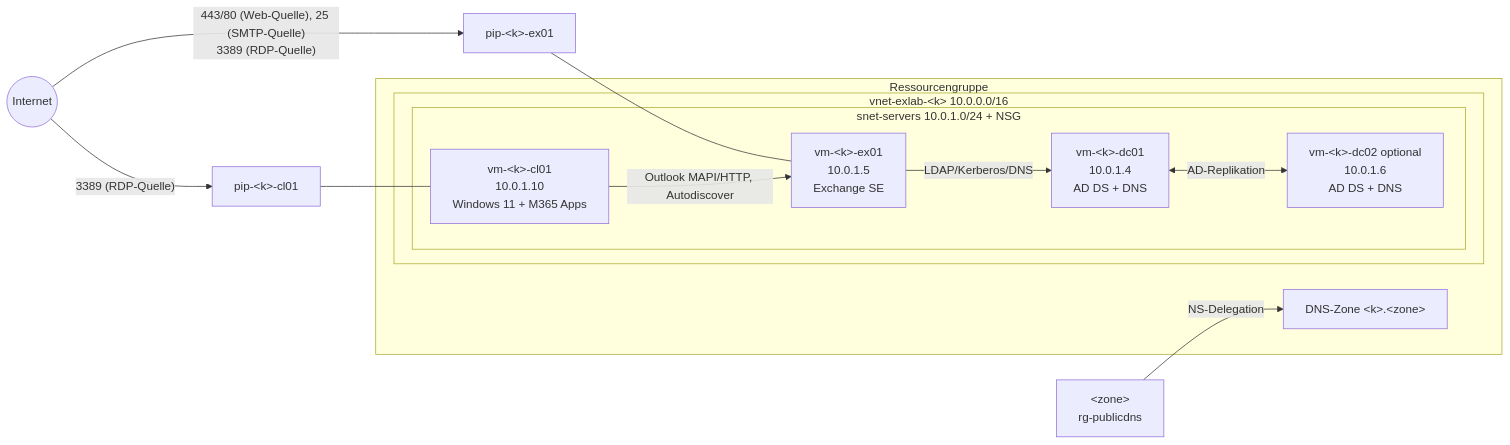
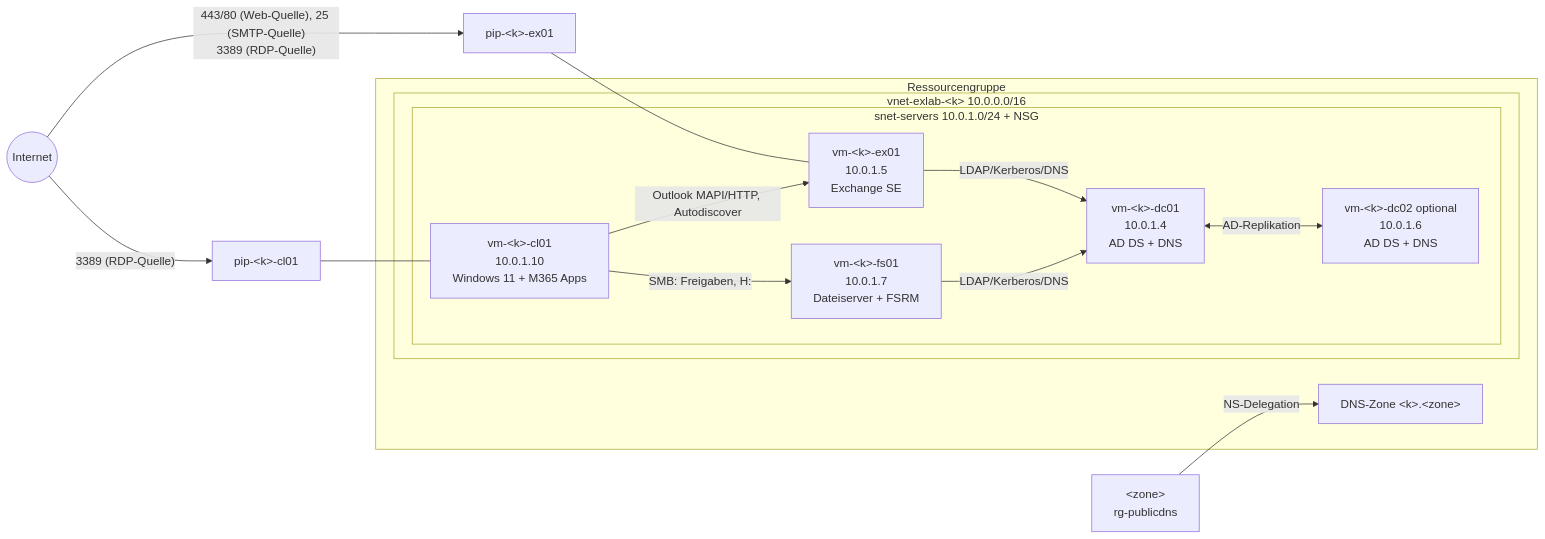
Before and after one commit to sredlin/TraineeLab: the diagram in readme.md, drawn with Mermaid. The commit also changed other lines of this file and 6 other files, not shown here.

````diff
--- a/readme.md
+++ b/readme.md
@@ -9,22 +9,25 @@
 ```mermaid
 flowchart LR
     Internet((Internet)) -->|"443/80 (Web-Quelle), 25 (SMTP-Quelle)\n3389 (RDP-Quelle)"| PIP[pip-&lt;k&gt;-ex01]
     Internet -->|"3389 (RDP-Quelle)"| PIPCL[pip-&lt;k&gt;-cl01]
     subgraph RG[Ressourcengruppe]
         subgraph VNET[vnet-exlab-&lt;k&gt; 10.0.0.0/16]
             subgraph SNET[snet-servers 10.0.1.0/24 + NSG]
                 DC[vm-&lt;k&gt;-dc01<br/>10.0.1.4<br/>AD DS + DNS]
                 DC2[vm-&lt;k&gt;-dc02 optional<br/>10.0.1.6<br/>AD DS + DNS]
                 EX[vm-&lt;k&gt;-ex01<br/>10.0.1.5<br/>Exchange SE]
                 CL[vm-&lt;k&gt;-cl01<br/>10.0.1.10<br/>Windows 11 + M365 Apps]
+                FS[vm-&lt;k&gt;-fs01<br/>10.0.1.7<br/>Dateiserver + FSRM]
             end
         end
         ZONE[DNS-Zone &lt;k&gt;.&lt;zone&gt;]
     end
     PIP --- EX
     PIPCL --- CL
     EX -->|LDAP/Kerberos/DNS| DC
     CL -->|Outlook MAPI/HTTP, Autodiscover| EX
+    CL -->|SMB: Freigaben, H:| FS
+    FS -->|LDAP/Kerberos/DNS| DC
     DC <-->|AD-Replikation| DC2
     PARENT[&lt;zone&gt;<br/>rg-publicdns] -->|NS-Delegation| ZONE
 ```
````
